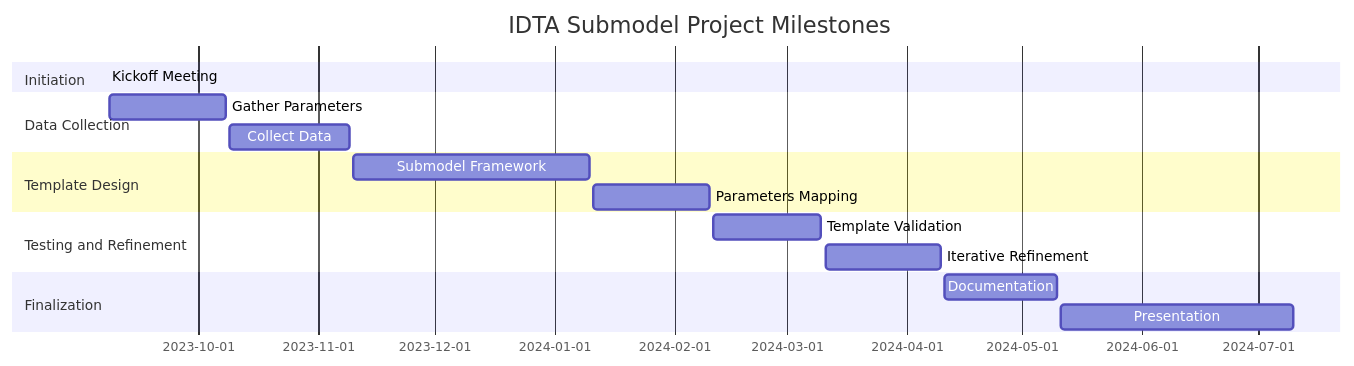
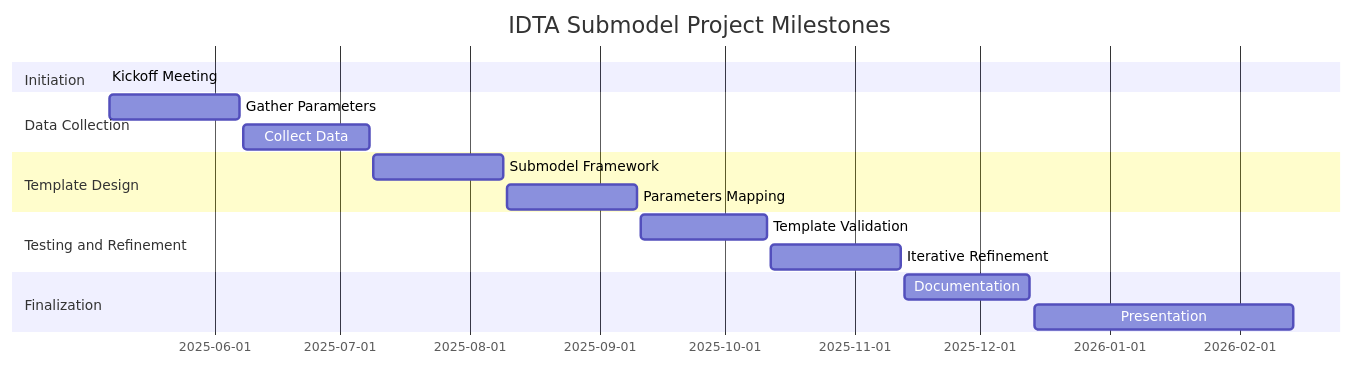
Before and after one commit to skidzo/IDTA_submodel_metal_additive_manufacturing: the diagram in README.md, drawn with Mermaid. The commit also changed other lines of this file, not shown here.

````diff
--- a/README.md
+++ b/README.md
@@ -49,19 +7,19 @@
 ```mermaid
 gantt
     dateFormat  YYYY-MM-DD
     title IDTA Submodel Project Milestones
     section Initiation
-    Kickoff Meeting     :done, 2023-09-07, 2023-09-07
+    Kickoff Meeting     :done, 2025-05-06, 2025-05-06
     section Data Collection
-    Gather Parameters   : 2023-09-08, 2023-10-08
-    Collect Data       : 2023-10-09, 2023-11-09
+    Gather Parameters   : 2025-05-07, 2025-06-07
+    Collect Data       : 2025-06-08, 2025-07-08
     section Template Design
-    Submodel Framework  : 2023-11-10, 2024-01-10
-    Parameters Mapping : 2024-01-11, 2024-02-10
+    Submodel Framework  : 2025-07-09, 2025-08-09
+    Parameters Mapping : 2025-08-10, 2025-09-10
     section Testing and Refinement
-    Template Validation: 2024-02-11, 2024-03-10
-    Iterative Refinement: 2024-03-11, 2024-04-10
+    Template Validation: 2025-09-11, 2025-10-11
+    Iterative Refinement: 2025-10-12, 2025-11-12
     section Finalization
-    Documentation       : 2024-04-11, 2024-05-10
-    Presentation        : 2024-05-11, 2024-07-10
+    Documentation       : 2025-11-13, 2025-12-13
+    Presentation        : 2025-12-14, 2026-02-14
 ```
````
